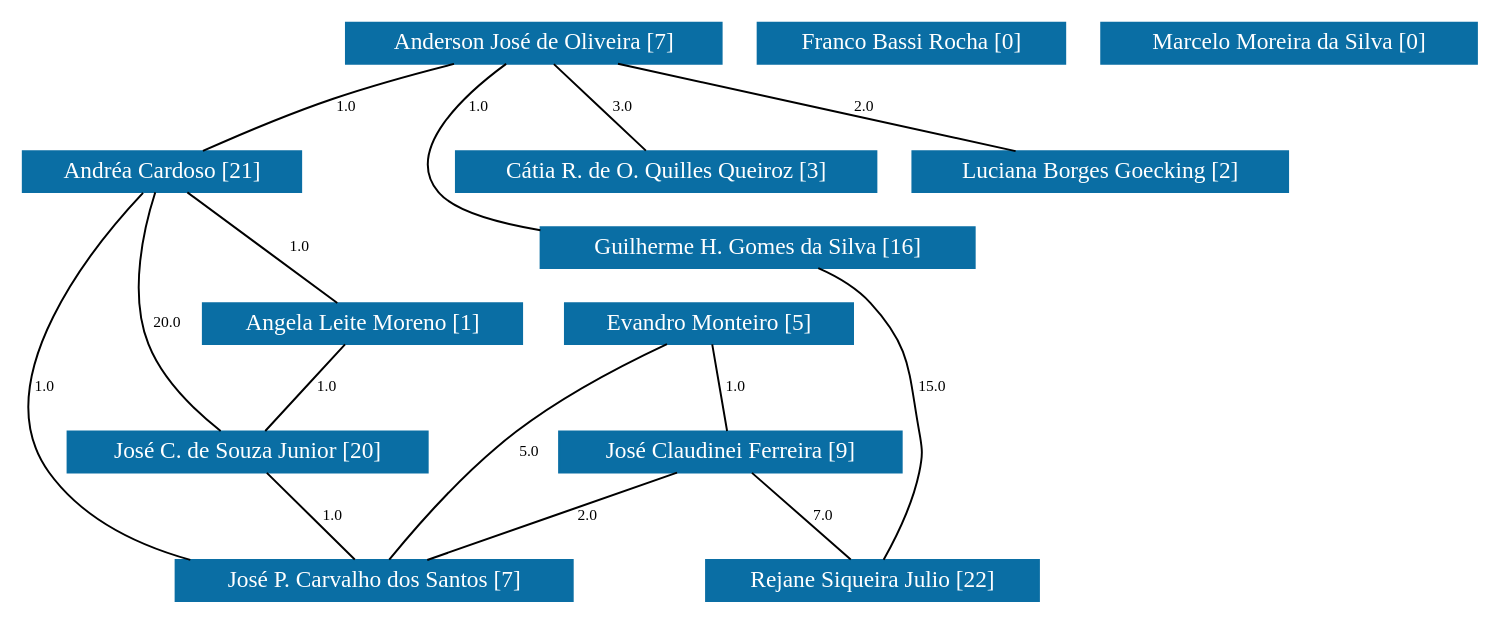
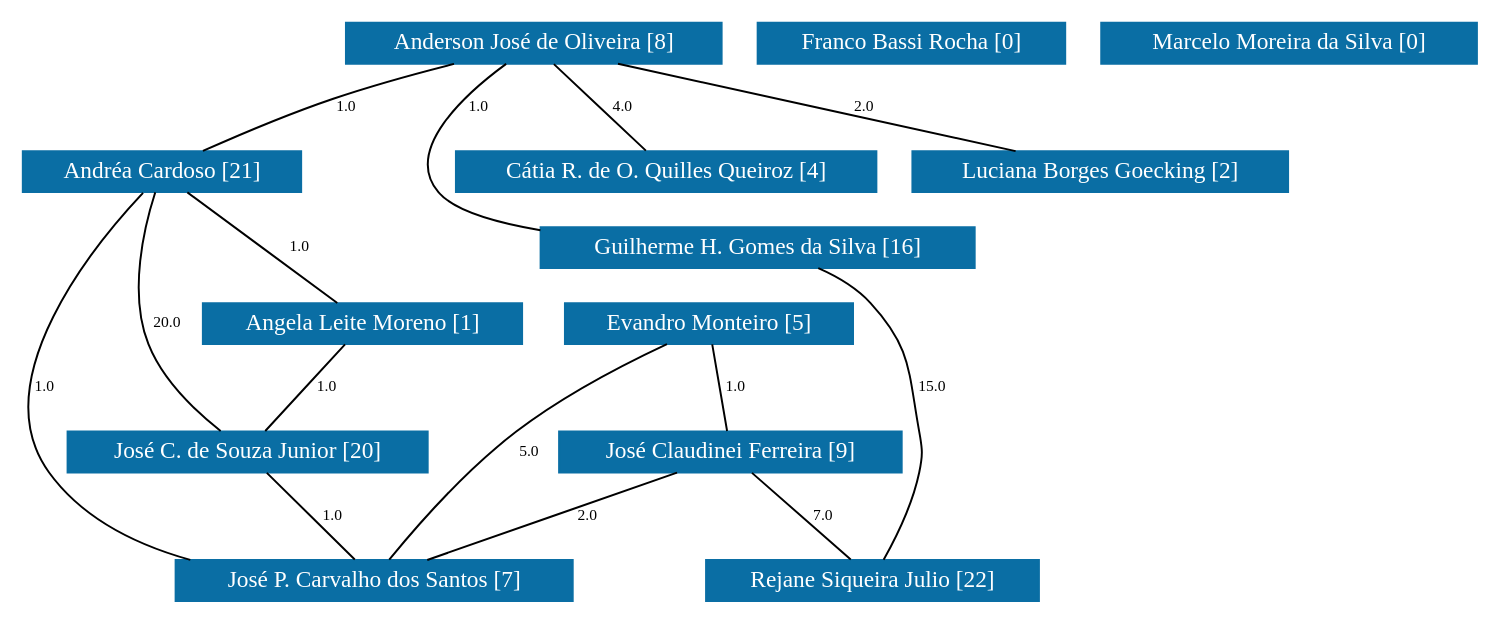
The diagram in dm/grafoDeColaboracoesComPesos.dot (icamps/unifal-lattes), drawn with Graphviz before and after one commit. The commit also changed 736 other files, not shown here.

```diff
--- a/dm/grafoDeColaboracoesComPesos.dot
+++ b/dm/grafoDeColaboracoesComPesos.dot
@@ -1,158 +1,158 @@
 strict graph grafo2 {
 	graph [bb="0,0,647.91,297",
 		id=grafo2,
 		overlap=False
 	];
 	node [fontsize=12,
 		label="\N",
 		shape=rectangle,
 		style=filled
 	];
 	0	[URL="membro-1349156075777095.html",
 		color="#0A6EA4",
 		fontcolor="#FFFFFF",
 		height=0.29167,
-		label="Anderson José de Oliveira [7]",
+		label="Anderson José de Oliveira [8]",
 		pos="250.91,286.5",
 		width=2.1944];
 	1	[URL="membro-6016565950437007.html",
 		color="#0A6EA4",
 		fontcolor="#FFFFFF",
 		height=0.29167,
 		label="Andréa Cardoso [21]",
 		pos="86.907,220.5",
 		width=1.625];
 	0 -- 1	[fontsize=8,
 		label=1.0,
 		lp="164.91,253.5",
 		pos="214.11,275.92 197.35,271.17 177.39,264.95 159.91,258 140.16,250.14 118.49,238.96 103.93,231.05"];
 	3	[URL="membro-0061488493893247.html",
 		color="#0A6EA4",
 		fontcolor="#FFFFFF",
 		height=0.29167,
-		label="Cátia R. de O. Quilles Queiroz [3]",
+		label="Cátia R. de O. Quilles Queiroz [4]",
 		pos="309.91,220.5",
 		width=2.4861];
 	0 -- 3	[fontsize=8,
-		label=3.0,
+		label=4.0,
 		lp="289.91,253.5",
 		pos="259.87,275.78 270.96,263.75 289.73,243.38 300.86,231.31"];
 	6	[URL="membro-5817829882396943.html",
 		color="#0A6EA4",
 		fontcolor="#FFFFFF",
 		height=0.29167,
 		label="Guilherme H. Gomes da Silva [16]",
 		pos="340.91,181.5",
 		width=2.5278];
 	0 -- 6	[fontsize=8,
 		label=1.0,
 		lp="225.91,253.5",
 		pos="239.11,275.97 221.9,260.93 193.72,231.2 210.91,210 217.44,201.94 235.45,196.14 256.06,192.02"];
 	10	[URL="membro-4139948635593421.html",
 		color="#0A6EA4",
 		fontcolor="#FFFFFF",
 		height=0.29167,
 		label="Luciana Borges Goecking [2]",
 		pos="496.91,220.5",
 		width=2.1944];
 	0 -- 10	[fontsize=8,
 		label=2.0,
 		lp="393.91,253.5",
 		pos="287.47,275.99 333.91,263.9 413.6,243.17 460.14,231.06"];
 	2	[URL="membro-5106302431642025.html",
 		color="#0A6EA4",
 		fontcolor="#FFFFFF",
 		height=0.29167,
 		label="Angela Leite Moreno [1]",
 		pos="170.91,142.5",
 		width=1.875];
 	1 -- 2	[fontsize=8,
 		label=1.0,
 		lp="143.91,181.5",
 		pos="97.546,209.87 113.7,195.26 144.25,167.62 160.35,153.05"];
 	7	[URL="membro-1690570104837528.html",
 		color="#0A6EA4",
 		fontcolor="#FFFFFF",
 		height=0.29167,
 		label="José C. de Souza Junior [20]",
 		pos="117.91,76.5",
 		width=2.1111];
 	1 -- 7	[fontsize=8,
 		label=20.0,
 		lp="86.907,142.5",
 		pos="83.794,209.78 79.037,193.34 71.365,159.19 79.907,132 85.439,114.39 98.9,97.506 108.22,87.316"];
 	9	[URL="membro-9393213180145144.html",
 		color="#0A6EA4",
 		fontcolor="#FFFFFF",
 		height=0.29167,
 		label="José P. Carvalho dos Santos [7]",
 		pos="173.91,10.5",
 		width=2.2917];
 	1 -- 9	[fontsize=8,
 		label=1.0,
 		lp="28.907,109.5",
 		pos="77.766,209.71 55.019,184.14 0,114 32.907,66 49.379,41.973 78.075,28.536 105.3,21.022"];
 	12	[URL="membro-1798884495942862.html",
 		color="#0A6EA4",
 		fontcolor="#FFFFFF",
 		height=0.29167,
 		label="Rejane Siqueira Julio [22]",
 		pos="390.91,10.5",
 		width=1.9444];
 	6 -- 12	[fontsize=8,
 		label=15.0,
 		lp="413.91,109.5",
 		pos="365.49,170.94 373.94,166.59 382.8,160.66 388.91,153 408,129.02 404.41,117.32 408.91,87 412.46,63.007 402.12,35.428 395.66,21.168"];
 	2 -- 7	[fontsize=8,
 		label=1.0,
 		lp="152.91,109.5",
 		pos="162.86,131.78 152.89,119.75 136.03,99.383 126.03,87.312"];
 	7 -- 9	[fontsize=8,
 		label=1.0,
 		lp="154.91,43.5",
 		pos="126.41,65.78 136.94,53.751 154.76,33.383 165.32,21.312"];
 	4	[URL="membro-3089568911577519.html",
 		color="#0A6EA4",
 		fontcolor="#FFFFFF",
 		height=0.29167,
 		label="Evandro Monteiro [5]",
 		pos="319.91,142.5",
 		width=1.6667];
 	4 -- 9	[fontsize=8,
 		label=5.0,
 		lp="243.91,76.5",
 		pos="302.83,131.85 285.75,121.79 259.18,105.01 238.91,87 215.11,65.869 191.94,36.11 180.79,21.043"];
 	8	[URL="membro-6808752952332925.html",
 		color="#0A6EA4",
 		fontcolor="#FFFFFF",
 		height=0.29167,
 		label="José Claudinei Ferreira [9]",
 		pos="328.91,76.5",
 		width=1.9722];
 	4 -- 8	[fontsize=8,
 		label=1.0,
 		lp="330.91,109.5",
 		pos="321.27,131.78 322.96,119.75 325.83,99.383 327.53,87.312"];
 	8 -- 9	[fontsize=8,
 		label=2.0,
 		lp="270.91,43.5",
 		pos="306.97,65.857 289.85,58.387 265.44,47.853 243.91,39 229.05,32.895 212.31,26.308 198.93,21.112"];
 	8 -- 12	[fontsize=8,
 		label=7.0,
 		lp="368.91,43.5",
 		pos="338.32,65.78 349.97,53.751 369.71,33.383 381.4,21.312"];
 	5	[URL="membro-0165435409542220.html",
 		color="#0A6EA4",
 		fontcolor="#FFFFFF",
 		height=0.29167,
 		label="Franco Bassi Rocha [0]",
 		pos="411.91,286.5",
 		width=1.7778];
 	11	[URL="membro-6715092420026095.html",
 		color="#0A6EA4",
 		fontcolor="#FFFFFF",
 		height=0.29167,
 		label="Marcelo Moreira da Silva [0]",
 		pos="570.91,286.5",
 		width=2.1389];
 }
```
